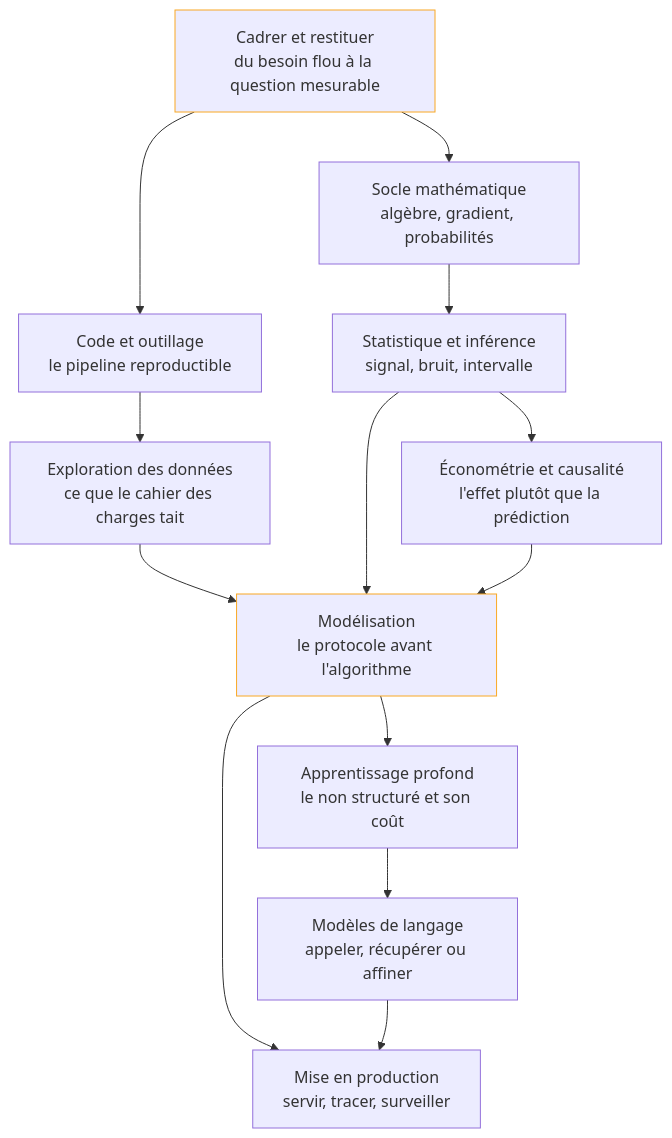
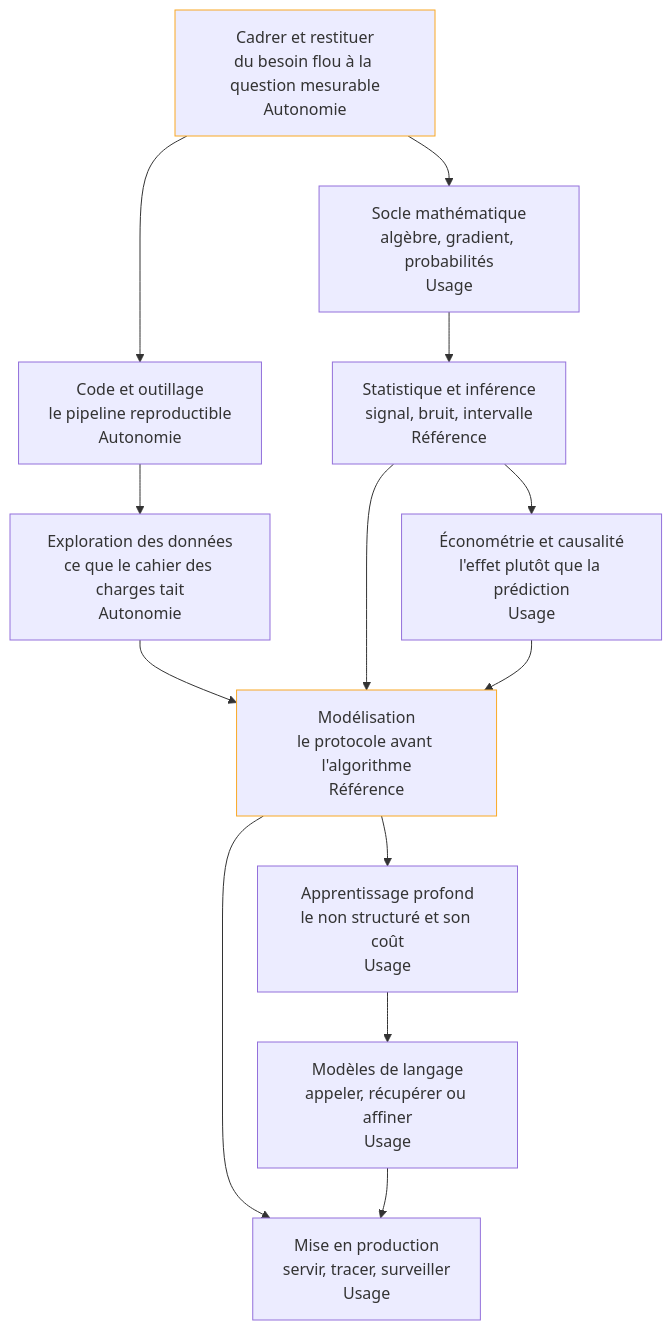
The diagram in content/parcours/data-scientist/index.md (floSa/Atlas-Metiers-Roadmaps), drawn with Mermaid before and after one commit. The commit also changed other lines of this file and 1 other file, not shown here.

Commit message:
Data Scientist et Machine Learning : chaque case de la carte d'entree porte son niveau attendu

````diff
--- a/content/parcours/data-scientist/index.md
+++ b/content/parcours/data-scientist/index.md
@@ -15,29 +15,29 @@
 ```mermaid
 flowchart TD
-  CA["Cadrer et restituer<br/>du besoin flou à la question mesurable"] --> MA["Socle mathématique<br/>algèbre, gradient, probabilités"]
-  MA --> ST["Statistique et inférence<br/>signal, bruit, intervalle"]
-  ST --> EC["Économétrie et causalité<br/>l'effet plutôt que la prédiction"]
-  CA --> CO["Code et outillage<br/>le pipeline reproductible"]
-  CO --> EX["Exploration des données<br/>ce que le cahier des charges tait"]
-  EX --> MO["Modélisation<br/>le protocole avant l'algorithme"]
+  CA["Cadrer et restituer<br/>du besoin flou à la question mesurable<br/>Autonomie"] --> MA["Socle mathématique<br/>algèbre, gradient, probabilités<br/>Usage"]
+  MA --> ST["Statistique et inférence<br/>signal, bruit, intervalle<br/>Référence"]
+  ST --> EC["Économétrie et causalité<br/>l'effet plutôt que la prédiction<br/>Usage"]
+  CA --> CO["Code et outillage<br/>le pipeline reproductible<br/>Autonomie"]
+  CO --> EX["Exploration des données<br/>ce que le cahier des charges tait<br/>Autonomie"]
+  EX --> MO["Modélisation<br/>le protocole avant l'algorithme<br/>Référence"]
   ST --> MO
   EC --> MO
-  MO --> DL["Apprentissage profond<br/>le non structuré et son coût"]
-  DL --> LM["Modèles de langage<br/>appeler, récupérer ou affiner"]
-  MO --> PR["Mise en production<br/>servir, tracer, surveiller"]
+  MO --> DL["Apprentissage profond<br/>le non structuré et son coût<br/>Usage"]
+  DL --> LM["Modèles de langage<br/>appeler, récupérer ou affiner<br/>Usage"]
+  MO --> PR["Mise en production<br/>servir, tracer, surveiller<br/>Usage"]
   LM --> PR
 
   click CA "/parcours/data-scientist/cadrer-et-restituer"
   click MA "/parcours/data-scientist/socle-mathematique"
   click ST "/parcours/data-scientist/statistique-et-inference"
   click EC "/parcours/data-scientist/econometrie-et-causalite"
   click CO "/parcours/data-scientist/code-et-outillage"
   click EX "/parcours/data-scientist/exploration-des-donnees"
   click MO "/parcours/data-scientist/modelisation"
   click DL "/parcours/data-scientist/apprentissage-profond"
   click LM "/parcours/data-scientist/modeles-de-langage"
   click PR "/parcours/data-scientist/mise-en-production"
 
   classDef pivot stroke:#f9a825,stroke-width:1px
   class CA,MO pivot
 ```
````
